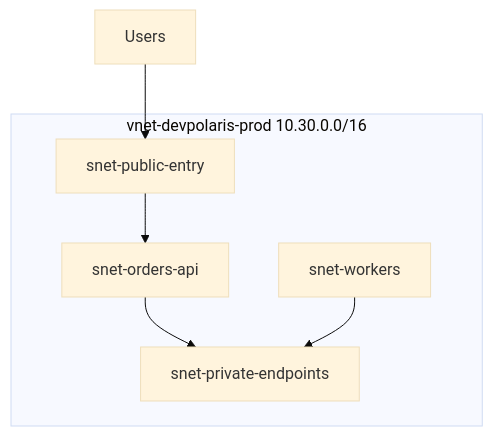
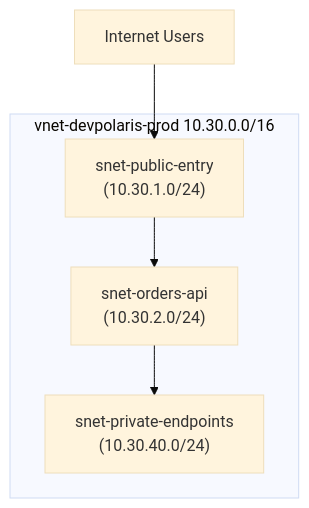
Before and after one commit to senlinyy/dev-roadmaps: the first of 2 diagrams in cloud-providers/azure/networking-connectivity/what-is-a-vnet.md, drawn with Mermaid (base theme). The commit also changed other lines of this file and 142 other files, not shown here.

````diff
--- a/cloud-providers/azure/networking-connectivity/what-is-a-vnet.md
+++ b/cloud-providers/azure/networking-connectivity/what-is-a-vnet.md
@@ -51,13 +47,12 @@
 ```mermaid
 flowchart TB
     subgraph VNET["vnet-devpolaris-prod 10.30.0.0/16"]
-        Entry["snet-public-entry"]
-        Api["snet-orders-api"]
-        Workers["snet-workers"]
-        Endpoints["snet-private-endpoints"]
+        Entry["snet-public-entry<br/>(10.30.1.0/24)"]
+        Api["snet-orders-api<br/>(10.30.2.0/24)"]
+        PE["snet-private-endpoints<br/>(10.30.40.0/24)"]
     end
-    Users["Users"] --> Entry
+    
+    Users["Internet Users"] --> Entry
     Entry --> Api
-    Api --> Endpoints
-    Workers --> Endpoints
+    Api --> PE
 ```
````
